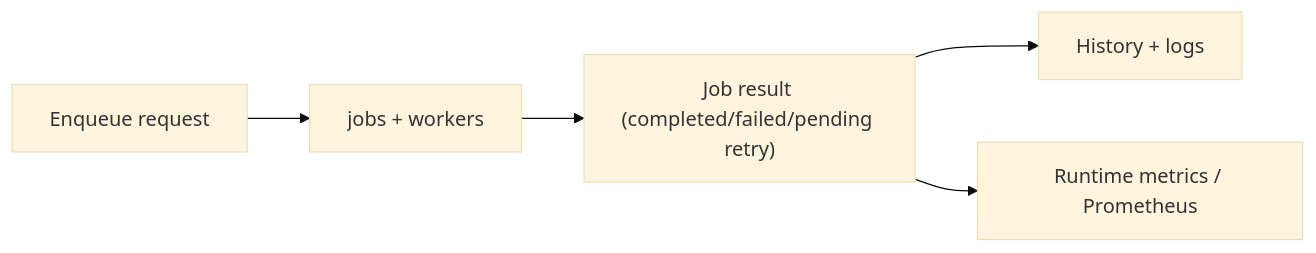
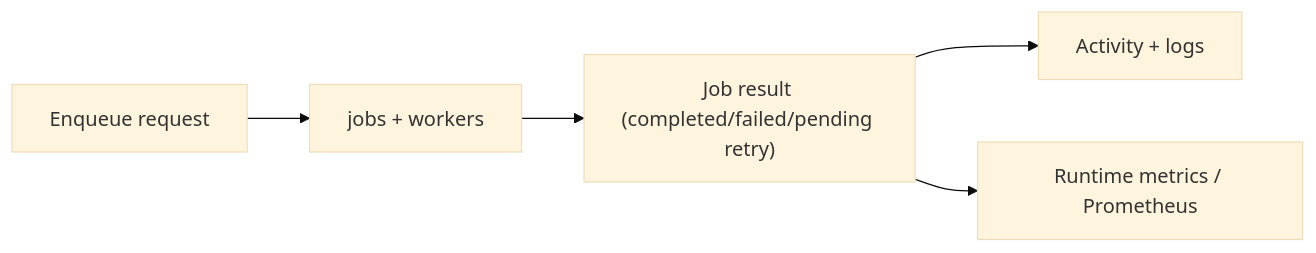
Before and after one commit to jampat000/Weir: the second of 2 diagrams in ARCHITECTURE.md, drawn with Mermaid (base theme). The commit also changed other lines of this file and 1393 other files, not shown here.

````diff
--- a/ARCHITECTURE.md
+++ b/ARCHITECTURE.md
@@ -94,7 +94,7 @@
 ```mermaid
 flowchart LR
   Enqueue["Enqueue request"] --> Jobs["jobs + workers"]
   Jobs --> Result["Job result (completed/failed/pending retry)"]
-  Result --> History["History + logs"]
+  Result --> Activity["Activity + logs"]
   Result --> Metrics["Runtime metrics / Prometheus"]
 ```
````
